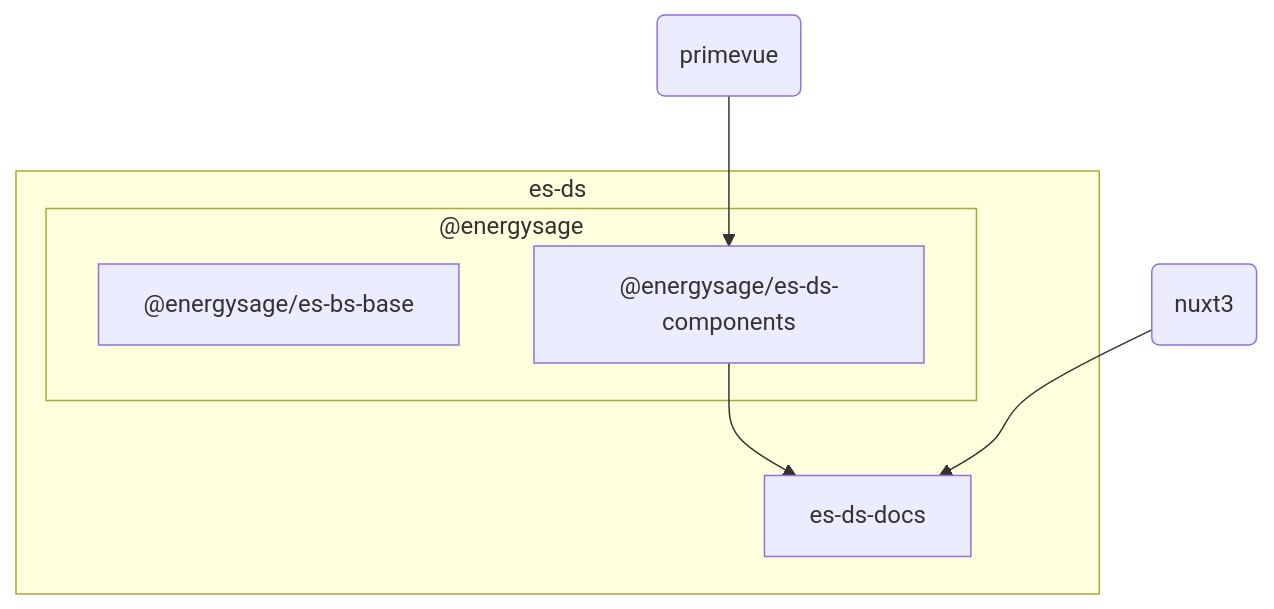
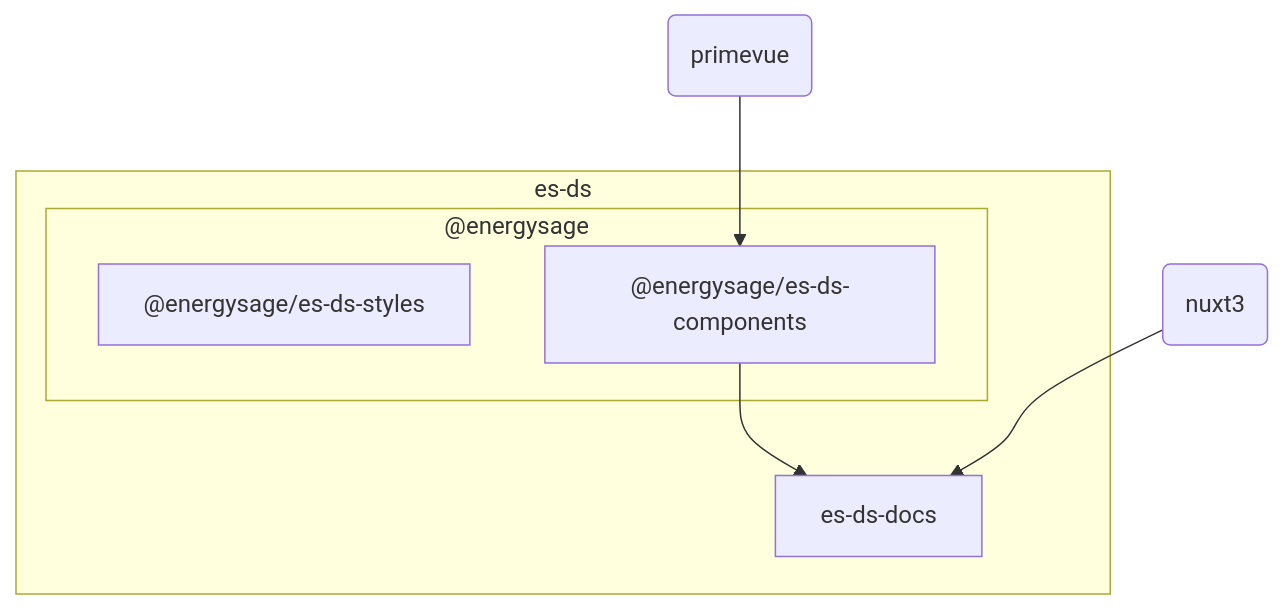
The first of 2 diagrams in README.md (EnergySage/es-ds), drawn with Mermaid before and after one commit. The commit also changed other lines of this file and 267 other files, not shown here.

Commit message:
chore: rename es-bs-base to es-ds-styles

````diff
--- a/README.md
+++ b/README.md
@@ -32,14 +32,14 @@
 ```mermaid
 graph TB
     subgraph es-ds
         subgraph "@energysage"
-            A["@energysage/es-bs-base"]
+            A["@energysage/es-ds-styles"]
             C["@energysage/es-ds-components"]
         end
         D[es-ds-docs]
         C-->D
     end
     Y(nuxt3)
     Z(primevue) --> C
     Y-->D
 ```
````
